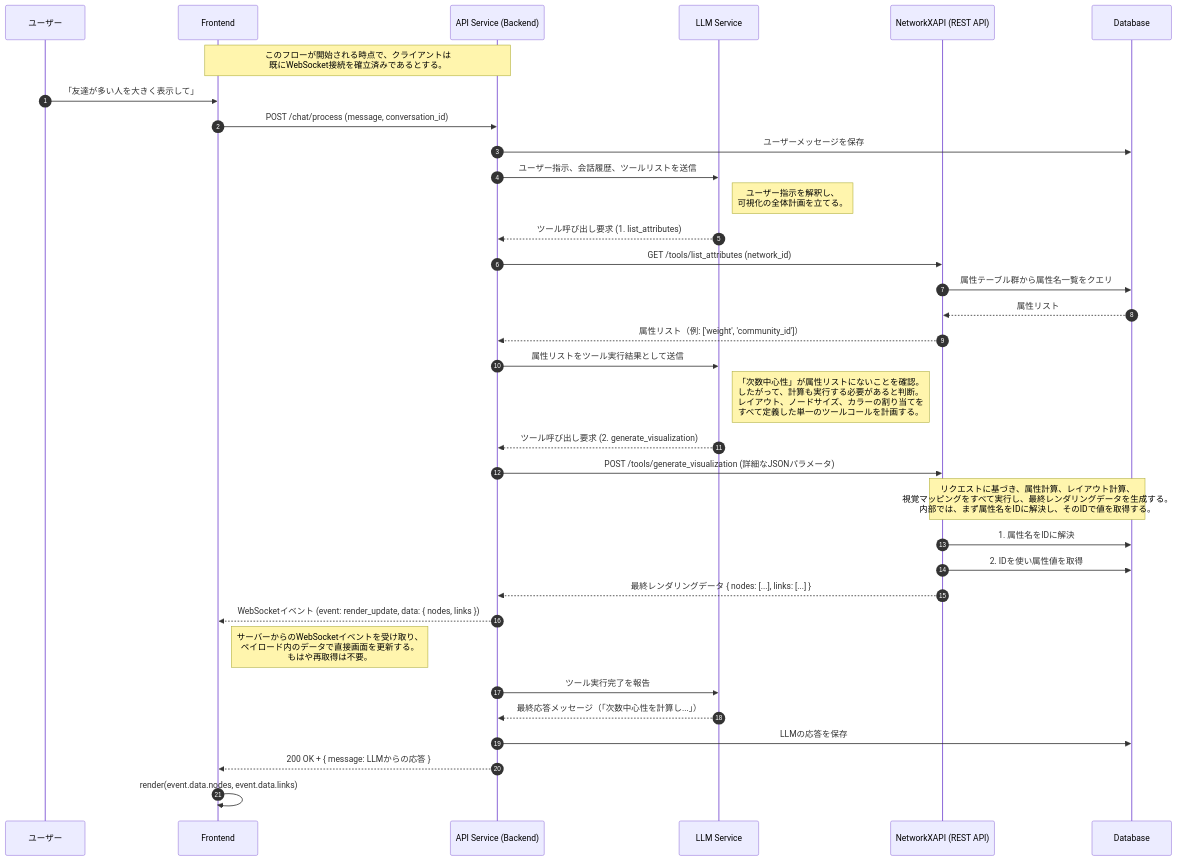
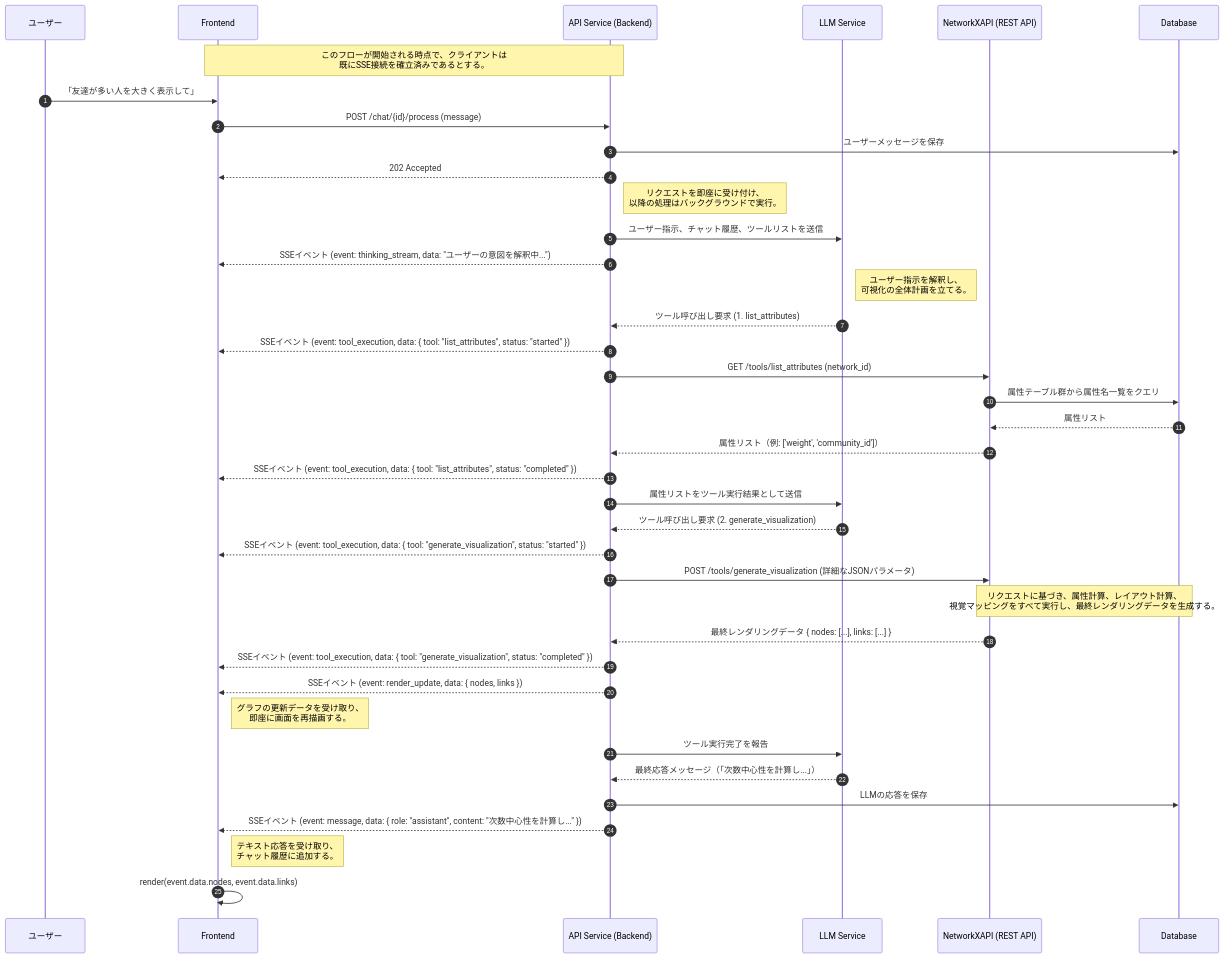
Before and after one commit to vdslab/LLMGraphvis: the second of 3 diagrams in specification/2_Technical_Details/6_Core_Workflows.md, drawn with Mermaid. The commit also changed other lines of this file and 8 other files, not shown here.

````diff
--- a/specification/2_Technical_Details/6_Core_Workflows.md
+++ b/specification/2_Technical_Details/6_Core_Workflows.md
@@ -74,51 +81,57 @@
 ```mermaid
 sequenceDiagram
     autonumber
     %% Participants
     participant U as ユーザー
     participant F as Frontend
     participant B as API Service (Backend)
     participant LLM as LLM Service
     participant N as NetworkXAPI (REST API)
     participant DB as Database
 
-    note over F, B: このフローが開始される時点で、クライアントは<br/>既にWebSocket接続を確立済みであるとする。
+    note over F, B: このフローが開始される時点で、クライアントは<br/>既にSSE接続を確立済みであるとする。
 
     U->>F: 「友達が多い人を大きく表示して」
-    F->>B: POST /chat/process (message, conversation_id)
+    F->>B: POST /chat/{id}/process (message)
     B->>DB: ユーザーメッセージを保存
+    B-->>F: 202 Accepted
+    note right of B: リクエストを即座に受け付け、<br/>以降の処理はバックグラウンドで実行。
 
-    %% Step 1: Backend asks LLM for a plan
-    B->>LLM: ユーザー指示、会話履歴、ツールリストを送信
+    %% Step 1: Backend starts the process and streams thinking
+    B->>LLM: ユーザー指示、チャット履歴、ツールリストを送信
+    B-->>F: SSEイベント (event: thinking_stream, data: "ユーザーの意図を解釈中...")
     note right of LLM: ユーザー指示を解釈し、<br/>可視化の全体計画を立てる。
     LLM-->>B: ツール呼び出し要求 (1. list_attributes)
 
-    %% Step 2: Backend executes list_attributes to aid LLM's planning
+    %% Step 2: Backend executes tools and streams status
+    B-->>F: SSEイベント (event: tool_execution, data: { tool: "list_attributes", status: "started" })
     B->>N: GET /tools/list_attributes (network_id)
     N->>DB: 属性テーブル群から属性名一覧をクエリ
     DB-->>N: 属性リスト
     N-->>B: 属性リスト（例: ['weight', 'community_id']）
+    B-->>F: SSEイベント (event: tool_execution, data: { tool: "list_attributes", status: "completed" })
 
-    %% Step 3: Backend asks LLM for the final visualization plan
+    %% Step 3: Backend continues planning with LLM
     B->>LLM: 属性リストをツール実行結果として送信
-    note right of LLM: 「次数中心性」が属性リストにないことを確認。<br/>したがって、計算も実行する必要があると判断。<br/>レイアウト、ノードサイズ、カラーの割り当てを<br/>すべて定義した単一のツールコールを計画する。
     LLM-->>B: ツール呼び出し要求 (2. generate_visualization)
 
-    %% Step 4: Backend executes the single visualization tool
+    %% Step 4: Backend executes the final visualization tool
+    B-->>F: SSEイベント (event: tool_execution, data: { tool: "generate_visualization", status: "started" })
     B->>N: POST /tools/generate_visualization (詳細なJSONパラメータ)
-    note over N,DB: リクエストに基づき、属性計算、レイアウト計算、<br/>視覚マッピングをすべて実行し、最終レンダリングデータを生成する。<br>内部では、まず属性名をIDに解決し、そのIDで値を取得する。
-    N->>DB: 1. 属性名をIDに解決
-    N->>DB: 2. IDを使い属性値を取得
+    note over N,DB: リクエストに基づき、属性計算、レイアウト計算、<br/>視覚マッピングをすべて実行し、最終レンダリングデータを生成する。
     N-->>B: 最終レンダリングデータ { nodes: [...], links: [...] }
+    B-->>F: SSEイベント (event: tool_execution, data: { tool: "generate_visualization", status: "completed" })
 
-    %% Step 5: Backend sends final data and response to Frontend
-    B-->>F: WebSocketイベント (event: render_update, data: { nodes, links })
-    note right of F: サーバーからのWebSocketイベントを受け取り、<br/>ペイロード内のデータで直接画面を更新する。<br/>もはや再取得は不要。
+    %% Step 5: Backend sends final data and text response via SSE
+    B-->>F: SSEイベント (event: render_update, data: { nodes, links })
+    note right of F: グラフの更新データを受け取り、<br/>即座に画面を再描画する。
+
     B->>LLM: ツール実行完了を報告
     LLM-->>B: 最終応答メッセージ（「次数中心性を計算し...」）
     B->>DB: LLMの応答を保存
-    B-->>F: 200 OK + { message: LLMからの応答 }
+    B-->>F: SSEイベント (event: message, data: { role: "assistant", content: "次数中心性を計算し..." })
+    note right of F: テキスト応答を受け取り、<br/>チャット履歴に追加する。
 
     %% Step 6: Frontend renders the updated network
     F->>F: render(event.data.nodes, event.data.links)
 ```
````
